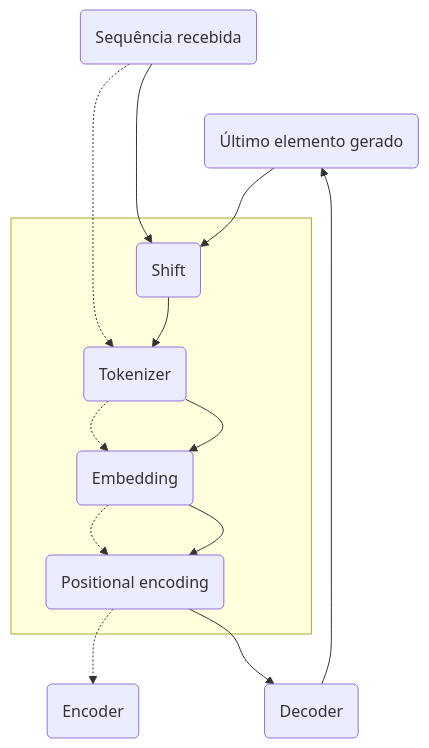
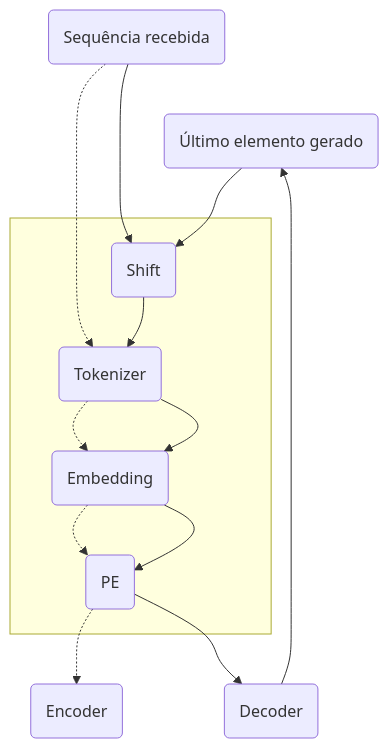
Before and after one commit to eshiraishi/eshiraishi.github.io: the second of 7 diagrams in src/content/posts/transformers.md, drawn with Mermaid. The commit also changed other lines of this file and 10 other files, not shown here.

````diff
--- a/src/content/posts/transformers.md
+++ b/src/content/posts/transformers.md
@@ -1059,31 +1157,31 @@
 ```mermaid
 flowchart
     lastToken(Último elemento gerado)
     input(Sequência recebida)
     
     subgraph p[ ]
     shift(Shift)
     embedding(Embedding)
-    pose(Positional encoding)
+    pose(PE)
     tokenizer(Tokenizer)
     end
     
     encoder(Encoder)
     decoder(Decoder)
 
     input ~~~ lastToken
 
     input -.-> tokenizer
     input & lastToken --> shift --> tokenizer
 
     tokenizer -.-> embedding
     tokenizer --> embedding
 
     embedding -.-> pose
     embedding --> pose
 
     pose -.-> encoder
     pose --> decoder
 
     decoder --> lastToken
 ```
````
